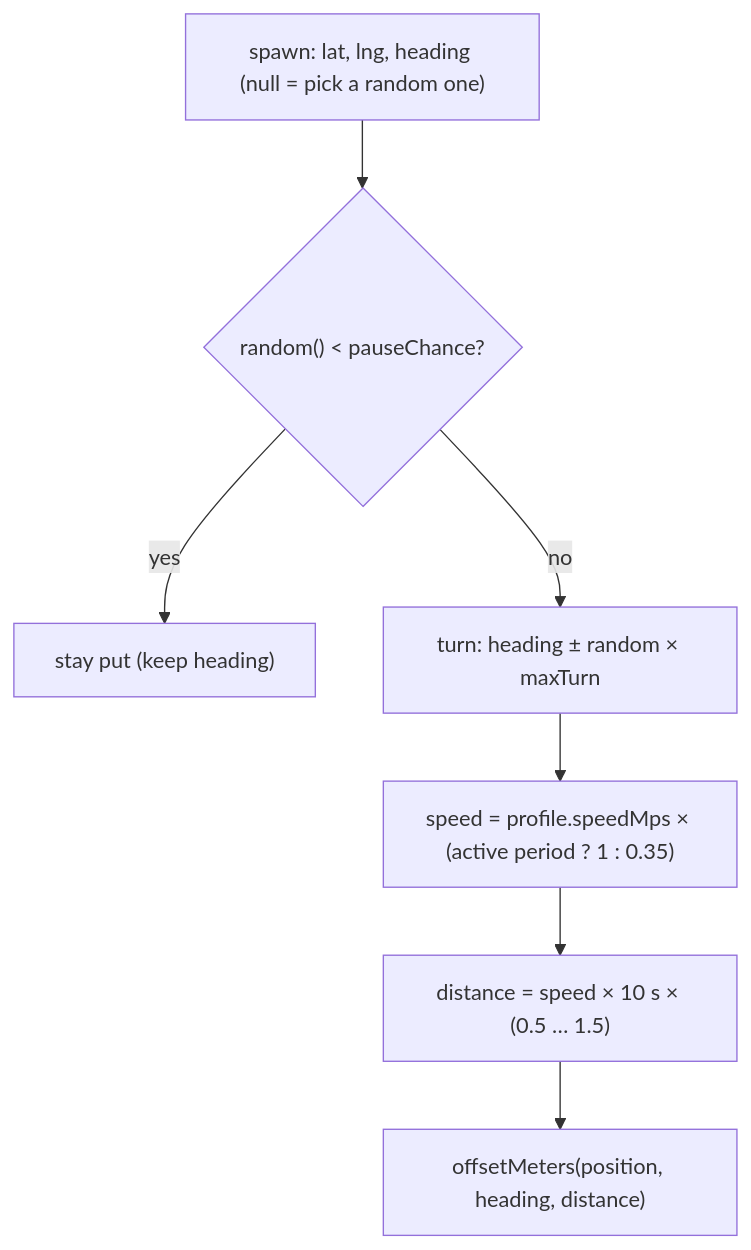
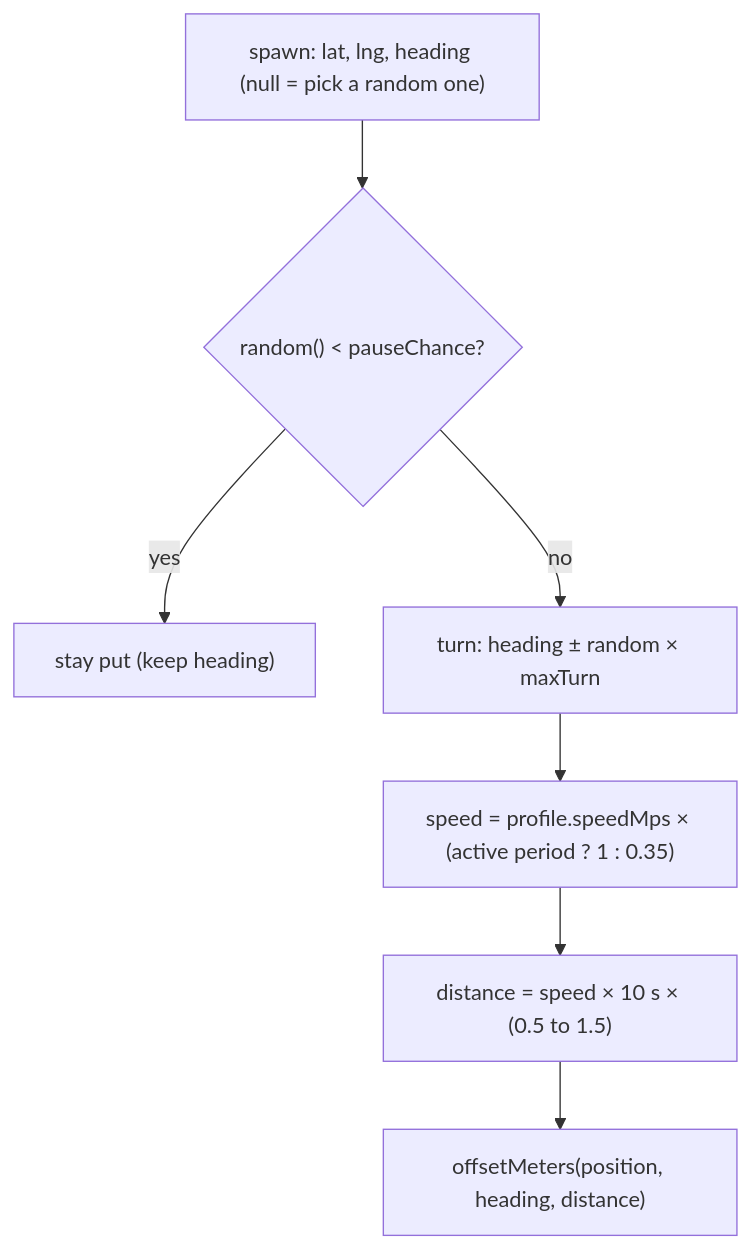
Before and after one commit to samceracas/wildbound: the fifth of 8 diagrams in docs/07-game-systems.md, drawn with Mermaid. The commit also changed other lines of this file and 4 other files, not shown here.

First line of the commit message:
docs(0.3.0): work in progress on game systems, content and charts

````diff
--- a/docs/07-game-systems.md
+++ b/docs/07-game-systems.md
@@ -223,9 +256,9 @@
 ```mermaid
 flowchart TD
     s["spawn: lat, lng, heading (null = pick a random one)"] --> p{"random() &lt; pauseChance?"}
     p -- yes --> stay["stay put (keep heading)"]
     p -- no --> t["turn: heading ± random × maxTurn"]
     t --> sp["speed = profile.speedMps × (active period ? 1 : 0.35)"]
-    sp --> d["distance = speed × 10 s × (0.5 … 1.5)"]
+    sp --> d["distance = speed × 10 s × (0.5 to 1.5)"]
     d --> mv["offsetMeters(position, heading, distance)"]
 ```
````
